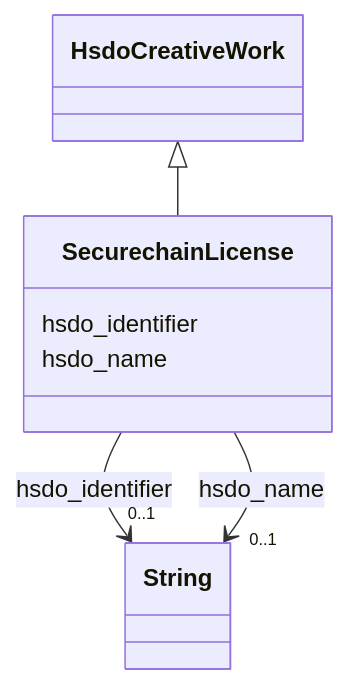
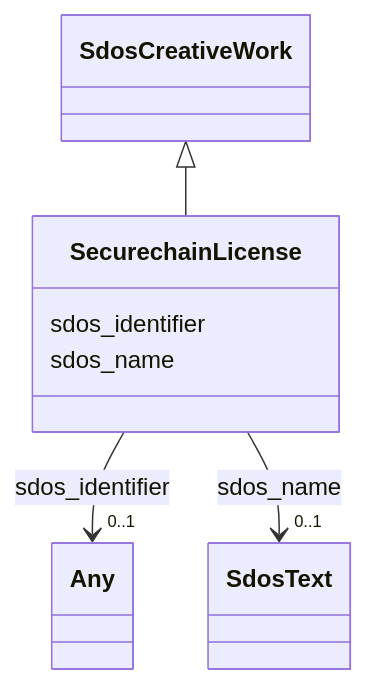
Before and after one commit to frink-okn/graph-descriptions: the diagram in secure-chain-kg/classes/SecurechainLicense.md, drawn with Mermaid. The commit also changed other lines of this file and 75 other files, not shown here.

````diff
--- a/secure-chain-kg/classes/SecurechainLicense.md
+++ b/secure-chain-kg/classes/SecurechainLicense.md
@@ -23,27 +18,27 @@
 ```mermaid
  classDiagram
     class SecurechainLicense
     click SecurechainLicense href "../SecurechainLicense"
-      HsdoCreativeWork <|-- SecurechainLicense
-        click HsdoCreativeWork href "../HsdoCreativeWork"
+      SdosCreativeWork <|-- SecurechainLicense
+        click SdosCreativeWork href "../SdosCreativeWork"
       
-      SecurechainLicense : hsdo_identifier
+      SecurechainLicense : sdos_identifier
         
           
     
     
-    SecurechainLicense --> "0..1" String : hsdo_identifier
-    click String href "../String"
+    SecurechainLicense --> "0..1" Any : sdos_identifier
+    click Any href "../Any"
 
         
-      SecurechainLicense : hsdo_name
+      SecurechainLicense : sdos_name
         
           
     
     
-    SecurechainLicense --> "0..1" String : hsdo_name
-    click String href "../String"
+    SecurechainLicense --> "0..1" SdosText : sdos_name
+    click SdosText href "../SdosText"
 
         
       
 ```
````
